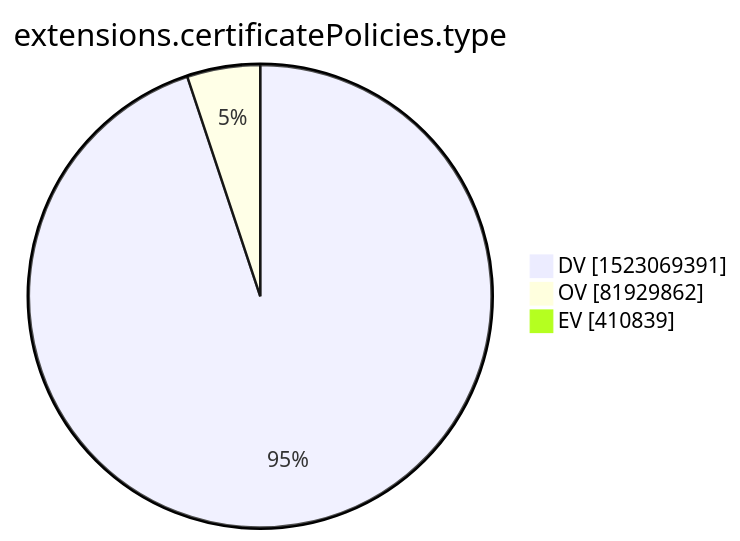
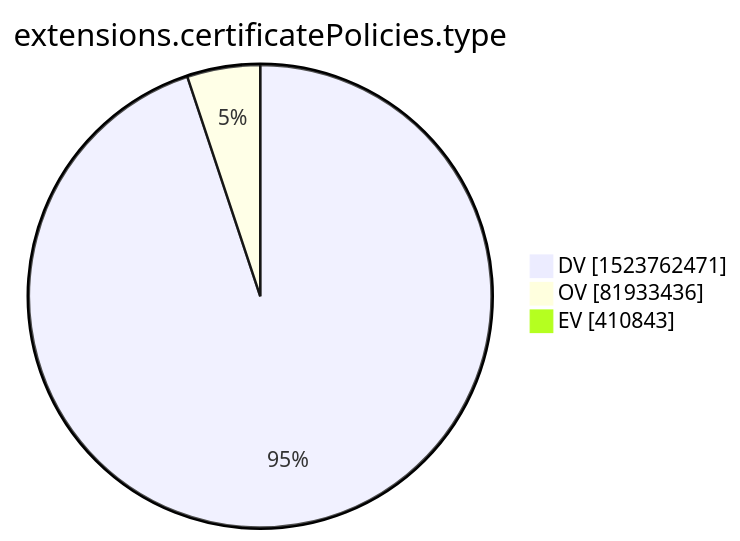
One commit to christiankrug/ctmonitor_visualization changed the tenth of 15 diagrams in xenon2022/README.md. Above: the diagram before and after it, drawn with Mermaid. The commit also changed other lines of this file, not shown here.

````diff
--- a/xenon2022/README.md
+++ b/xenon2022/README.md
@@ -2875,7 +2875,7 @@
 ```mermaid
 pie showData
 title extensions.certificatePolicies.type
-"DV" :1523069391
-"OV" :81929862
-"EV" :410839
+"DV" :1523762471
+"OV" :81933436
+"EV" :410843
 ```
````
